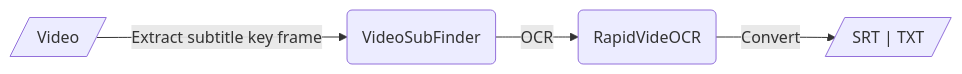
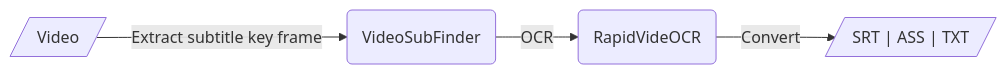
One commit to SWHL/RapidVideOCR changed the diagram in README.md. Above: the diagram before and after it, drawn with Mermaid. The commit also changed other lines of this file and 2 other files, not shown here.

Commit message:
Add .ass usage to README

````diff
--- a/README.md
+++ b/README.md
@@ -39,5 +39,5 @@
 ```mermaid
 flowchart LR
     A[/Video/] --Extract subtitle key frame--> B(VideoSubFinder) --OCR-->C(RapidVideOCR)
-    C --Convert--> D[/"SRT | TXT"/]
+    C --Convert--> D[/"SRT | ASS | TXT"/]
 ```
````
